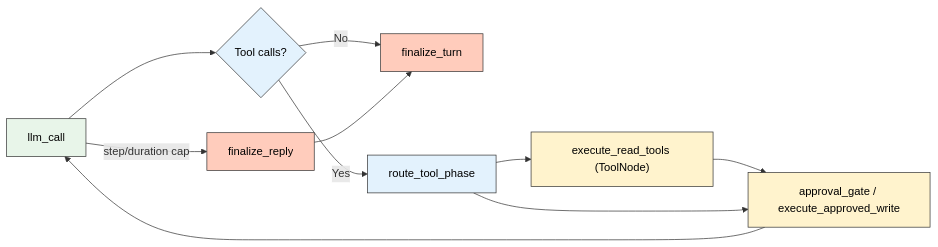
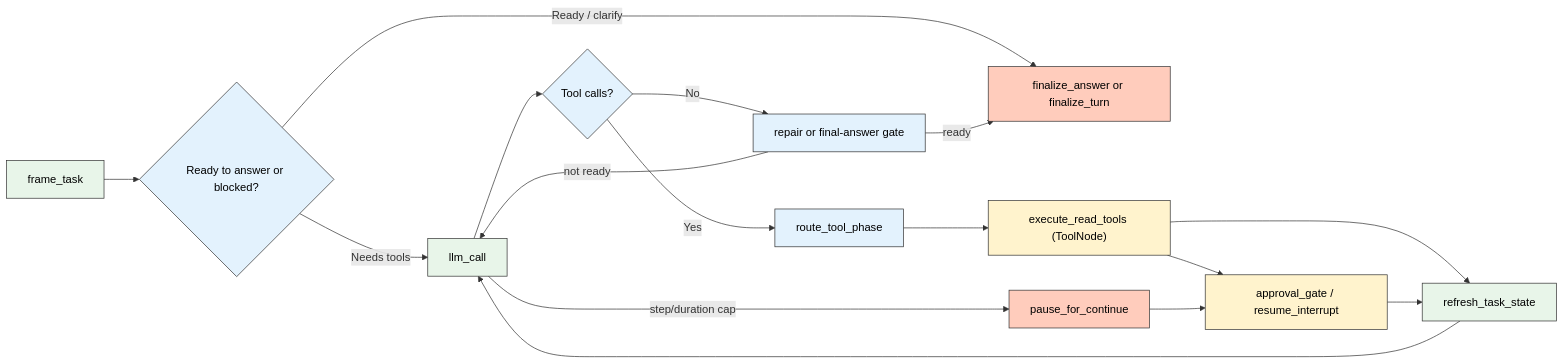
The second of 2 diagrams in docs/architecture/PIPELINE.md (BokX1/Sage), drawn with Mermaid before and after one commit. The commit also changed other lines of this file and 25 other files, not shown here.

Commit message:
feat(runtime): add resumable intent-framed graph loop

````diff
--- a/docs/architecture/PIPELINE.md
+++ b/docs/architecture/PIPELINE.md
@@ -96,17 +96,23 @@
 ```mermaid
 flowchart LR
     classDef llm fill:#e8f5e9,stroke:#333,color:black
     classDef route fill:#e3f2fd,stroke:#333,color:black
     classDef execute fill:#fff3cd,stroke:#333,color:black
     classDef result fill:#ffccbc,stroke:#333,color:black
 
-    A["llm_call"]:::llm --> B{"Tool calls?"}:::route
-    B -->|No| F["finalize_turn"]:::result
-    B -->|Yes| C["route_tool_phase"]:::route
-    C --> D["execute_read_tools (ToolNode)"]:::execute
-    D --> E["approval_gate / execute_approved_write"]:::execute
-    C --> E
-    E --> A
-    A -->|"step/duration cap"| G["finalize_reply"]:::result
-    G --> F
+    A["frame_task"]:::llm --> B{"Ready to answer or blocked?"}:::route
+    B -->|Needs tools| C["llm_call"]:::llm
+    B -->|Ready / clarify| H["finalize_answer or finalize_turn"]:::result
+    C --> D{"Tool calls?"}:::route
+    D -->|No| I["repair or final-answer gate"]:::route
+    D -->|Yes| E["route_tool_phase"]:::route
+    E --> F["execute_read_tools (ToolNode)"]:::execute
+    F --> G["approval_gate / resume_interrupt"]:::execute
+    F --> J["refresh_task_state"]:::llm
+    G --> J
+    J --> C
+    I -->|ready| H
+    I -->|not ready| C
+    C -->|"step/duration cap"| K["pause_for_continue"]:::result
+    K --> G
 ```
````
